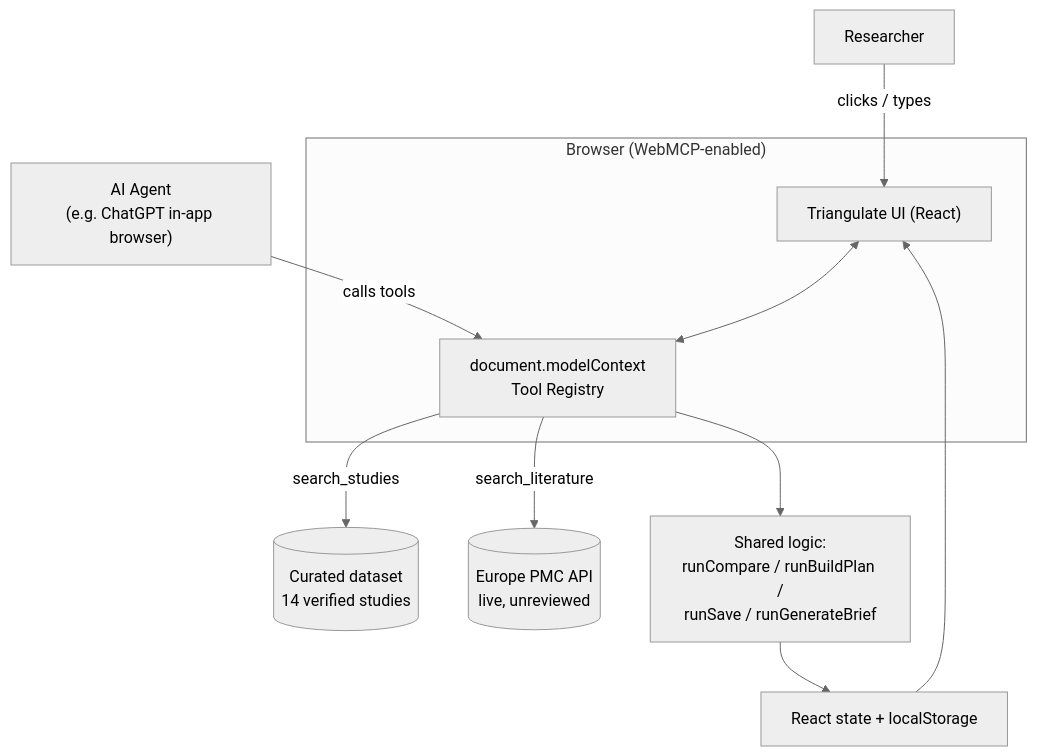
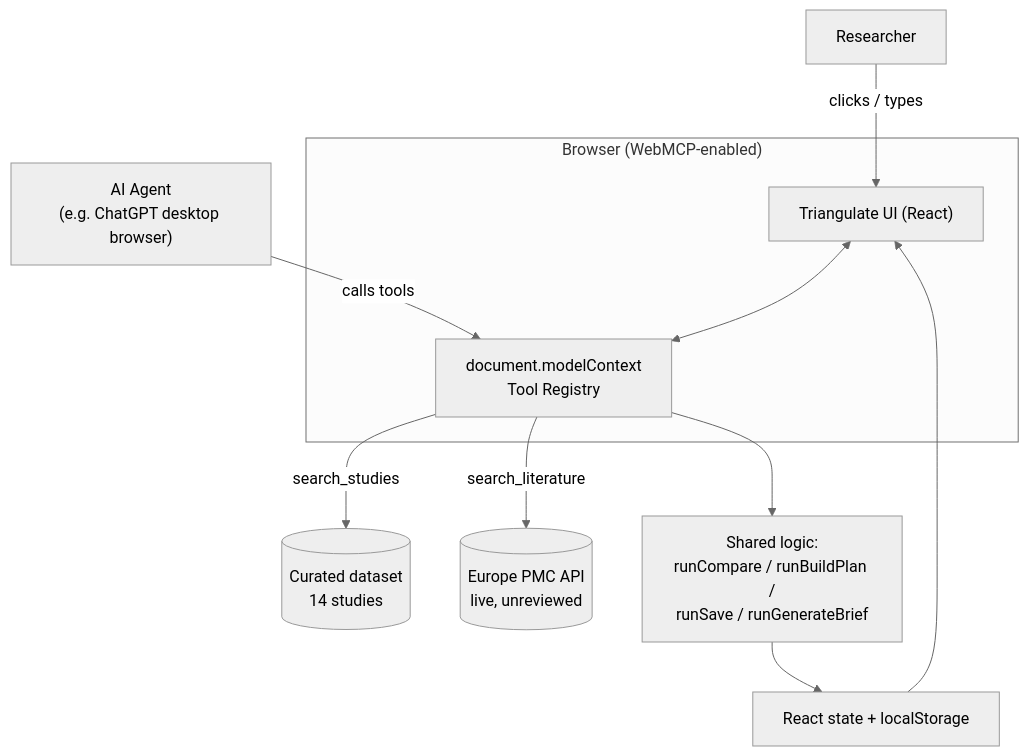
Before and after one commit to dekunlab/triangulate: the diagram in README.md, drawn with Mermaid (neutral theme). The commit also changed other lines of this file and 7 other files, not shown here.

````diff
--- a/README.md
+++ b/README.md
@@ -52,18 +62,18 @@
 ```mermaid
 flowchart TB
     subgraph Browser["Browser (WebMCP-enabled)"]
         UI["Triangulate UI (React)"]
         MCP["document.modelContext<br/>Tool Registry"]
     end
 
     Human["Researcher"] -->|clicks / types| UI
-    Agent["AI Agent<br/>(e.g. ChatGPT in-app browser)"] -->|calls tools| MCP
+    Agent["AI Agent<br/>(e.g. ChatGPT desktop browser)"] -->|calls tools| MCP
 
-    MCP -->|search_studies| Curated[("Curated dataset<br/>14 verified studies")]
+    MCP -->|search_studies| Curated[("Curated dataset<br/>14 studies")]
     MCP -->|search_literature| PMC[("Europe PMC API<br/>live, unreviewed")]
     MCP --> Shared["Shared logic:<br/>runCompare / runBuildPlan /<br/>runSave / runGenerateBrief"]
     Shared --> State["React state + localStorage"]
 
     UI <--> MCP
     State --> UI
 ```
````
